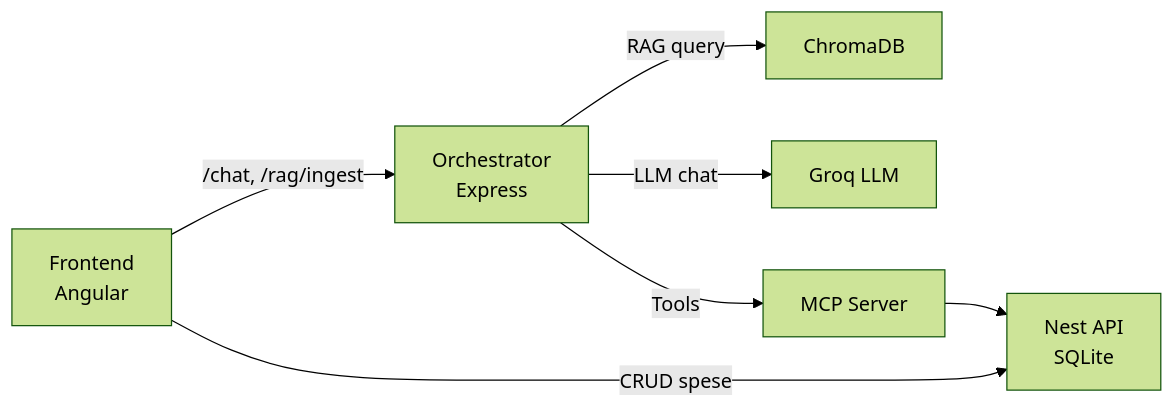
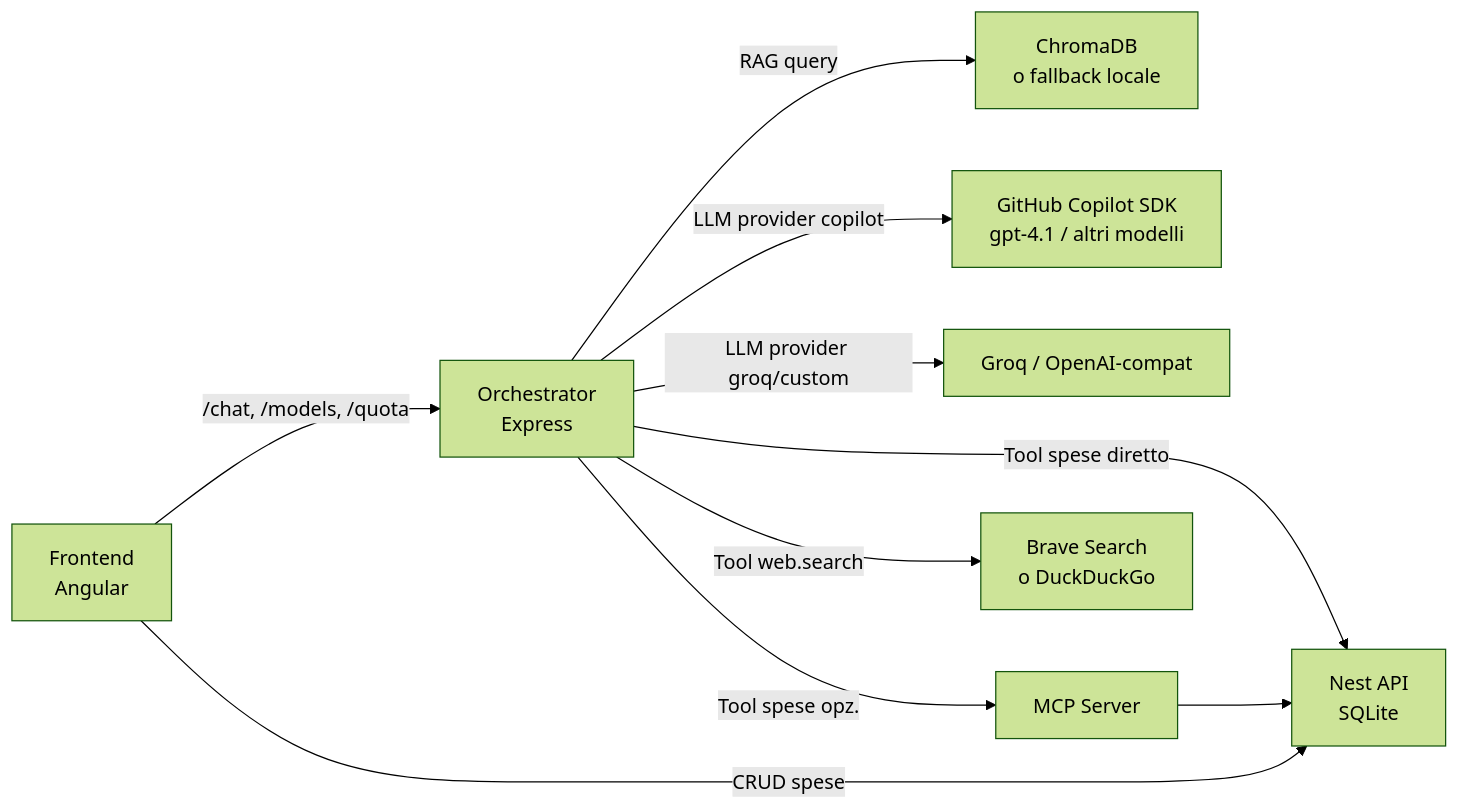
Before and after one commit to capitanmirco/expense-rag-local: the diagram in ARCHITETTURA.md, drawn with Mermaid (forest theme). The commit also changed other lines of this file and 14 other files, not shown here.

````diff
--- a/ARCHITETTURA.md
+++ b/ARCHITETTURA.md
@@ -6,9 +7,12 @@
 ```mermaid
 flowchart LR
-  FE[Frontend\nAngular] -->|/chat, /rag/ingest| ORCH[Orchestrator\nExpress]
+  FE[Frontend\nAngular] -->|/chat, /models, /quota| ORCH[Orchestrator\nExpress]
   FE -->|CRUD spese| API[Nest API\nSQLite]
-  ORCH -->|RAG query| CHR[ChromaDB]
-  ORCH -->|LLM chat| LLM[Groq LLM]
-  ORCH -->|Tools| MCP[MCP Server]
+  ORCH -->|RAG query| CHR[ChromaDB\no fallback locale]
+  ORCH -->|LLM provider copilot| COP[GitHub Copilot SDK\ngpt-4.1 / altri modelli]
+  ORCH -->|LLM provider groq/custom| LLM[Groq / OpenAI-compat]
+  ORCH -->|Tool spese diretto| API
+  ORCH -->|Tool web.search| WEB[Brave Search\no DuckDuckGo]
+  ORCH -->|Tool spese opz.| MCP[MCP Server]
   MCP --> API
 ```
````
